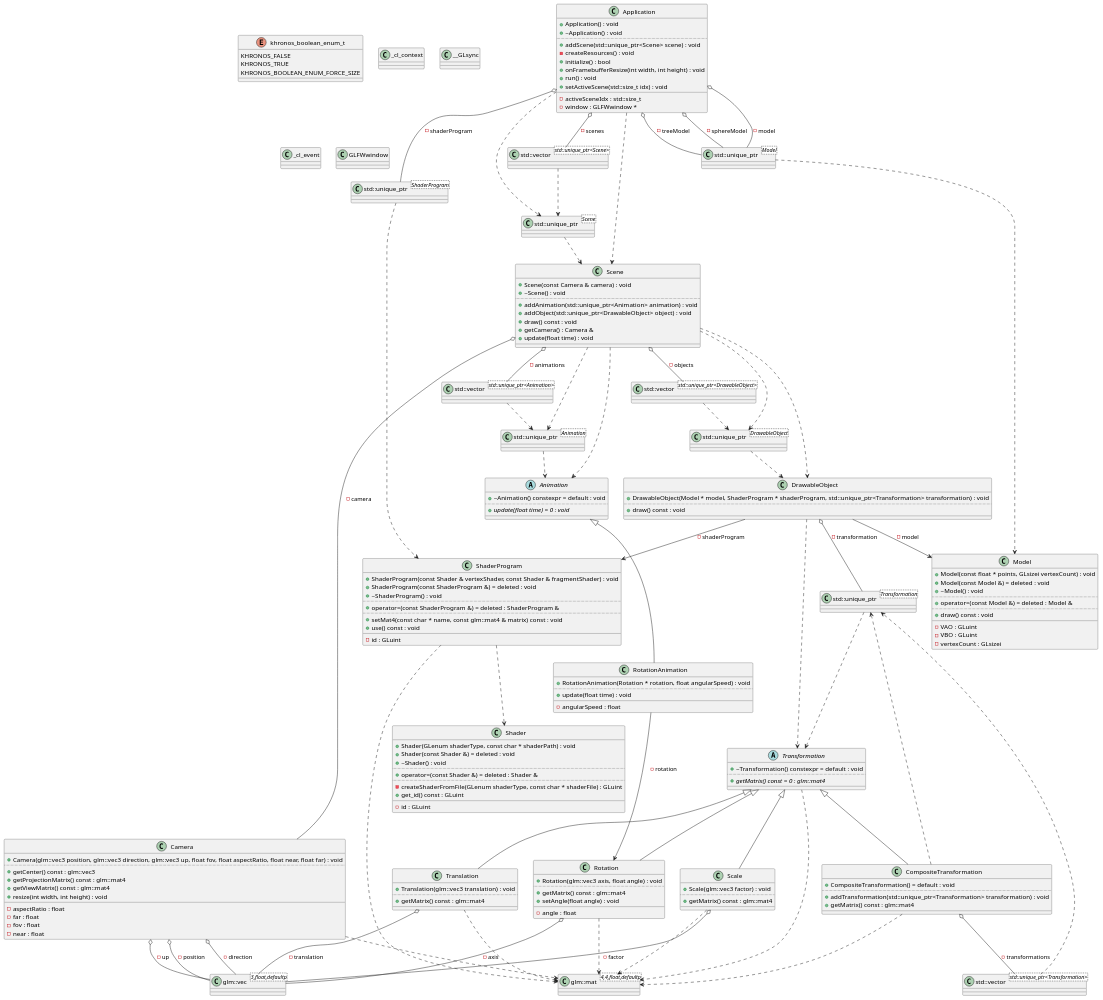
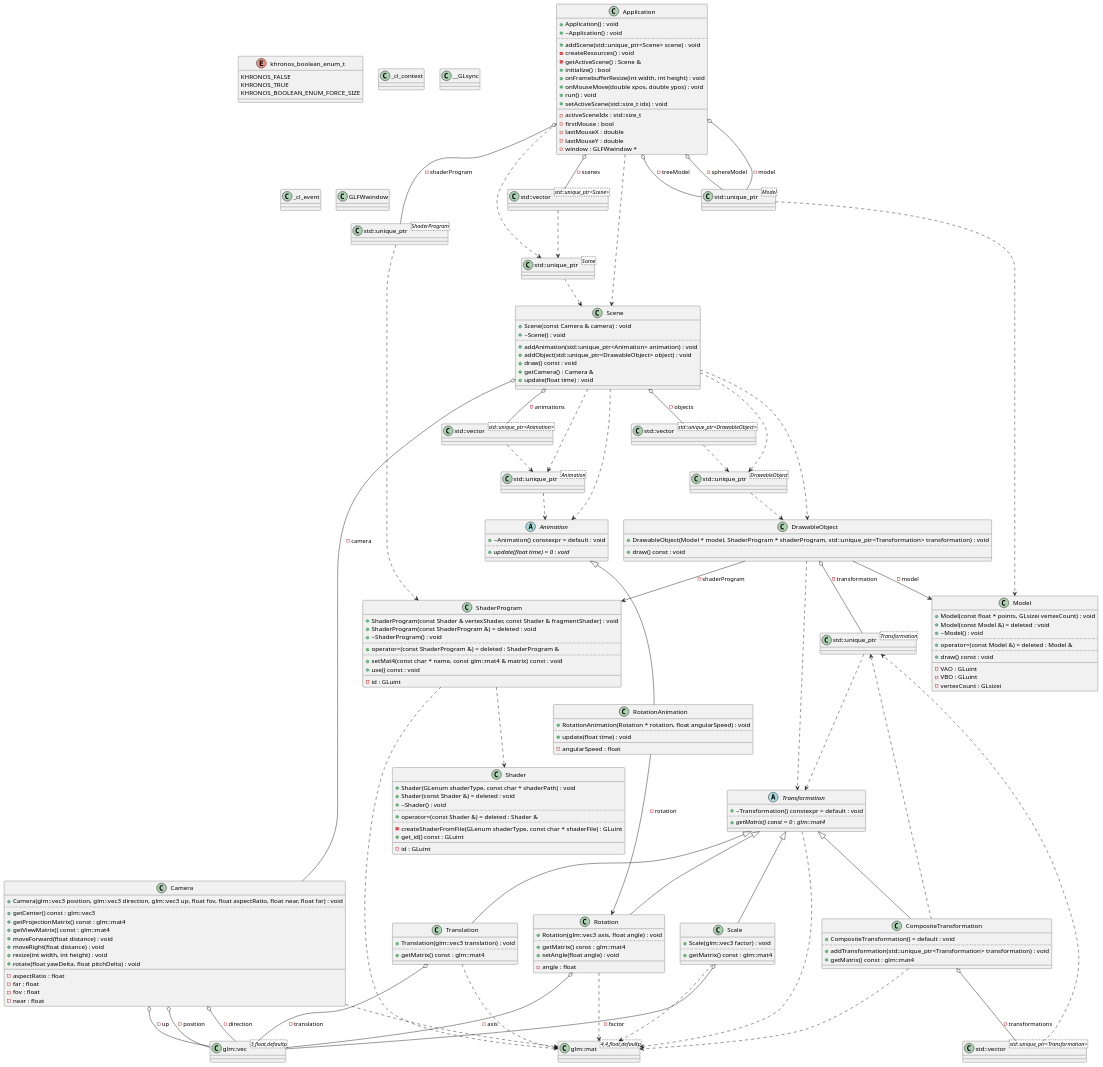
The diagram in project/diagrams/architecture.puml (prezmyl/ZPG-computer-graphics), drawn with PlantUML before and after one commit.

Commit message:
mouse moving camera - Check

```diff
--- a/project/diagrams/architecture.puml
+++ b/project/diagrams/architecture.puml
@@ -98,7 +98,10 @@
 +getCenter() const : glm::vec3
 +getProjectionMatrix() const : glm::mat4
 +getViewMatrix() const : glm::mat4
++moveForward(float distance) : void
++moveRight(float distance) : void
 +resize(int width, int height) : void
++rotate(float yawDelta, float pitchDelta) : void
 __
 -aspectRatio : float
 -far : float
@@ -191,12 +194,17 @@
 ..
 +addScene(std::unique_ptr<Scene> scene) : void
 -createResources() : void
+-getActiveScene() : Scene &
 +initialize() : bool
 +onFramebufferResize(int width, int height) : void
++onMouseMove(double xpos, double ypos) : void
 +run() : void
 +setActiveScene(std::size_t idx) : void
 __
 -activeSceneIdx : std::size_t
+-firstMouse : bool
+-lastMouseX : double
+-lastMouseY : double
 -window : GLFWwindow *
 }
 class "Translation" as C_0017401563024334194039
@@ -250,8 +258,8 @@
 C_0011135272028013465752 <|-- C_0018403690083903418410
 C_0007382990770960972762 --> C_0018403690083903418410 : -rotation
 C_0009177790275752332348 <|-- C_0007382990770960972762
+C_0008808924239730370349 ..> C_0016177104474805726272
 C_0008808924239730370349 ..> C_0005841236919913815719
-C_0008808924239730370349 ..> C_0016177104474805726272
 C_0008808924239730370349 o-- C_0005429747195776422453 : -model
 C_0008808924239730370349 o-- C_0005429747195776422453 : -treeModel
 C_0008808924239730370349 o-- C_0005429747195776422453 : -sphereModel
```
